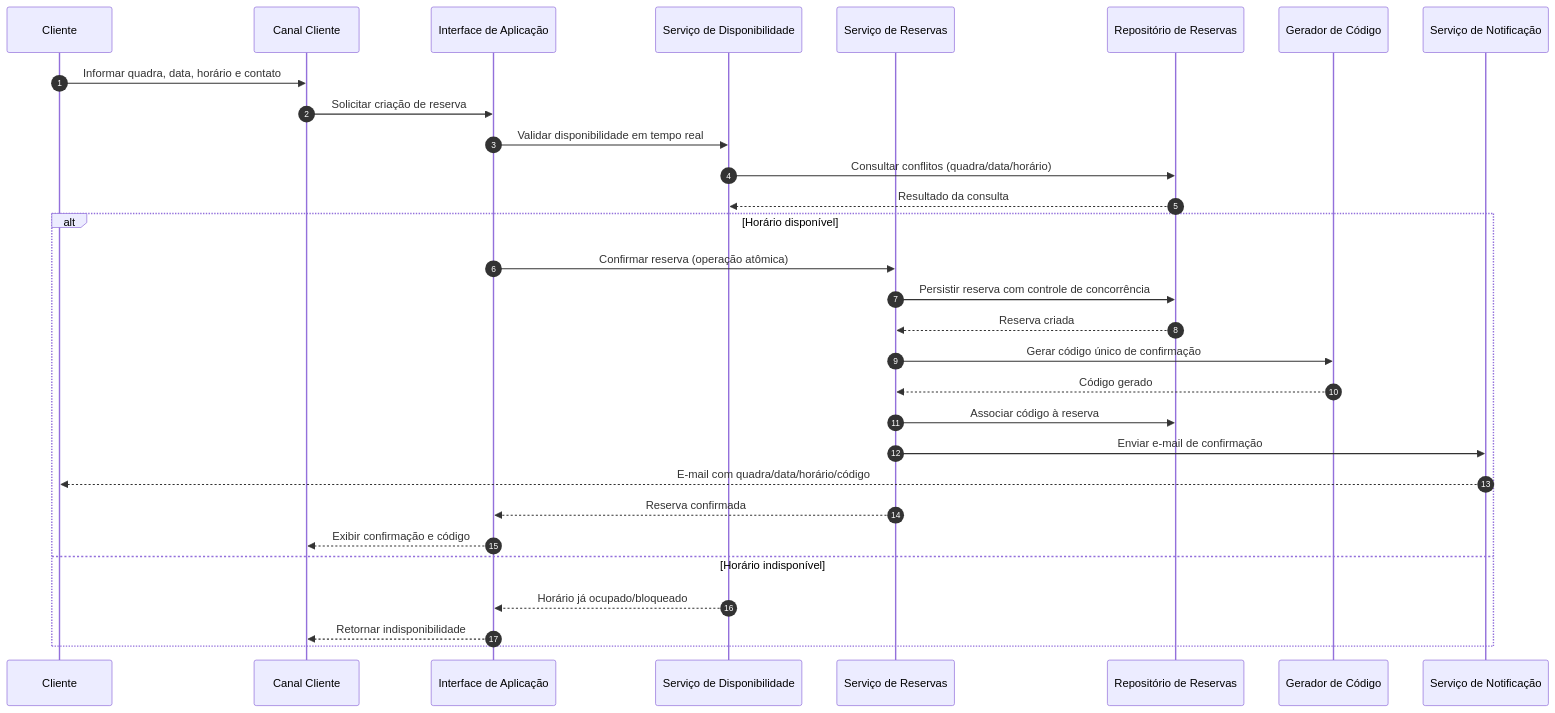
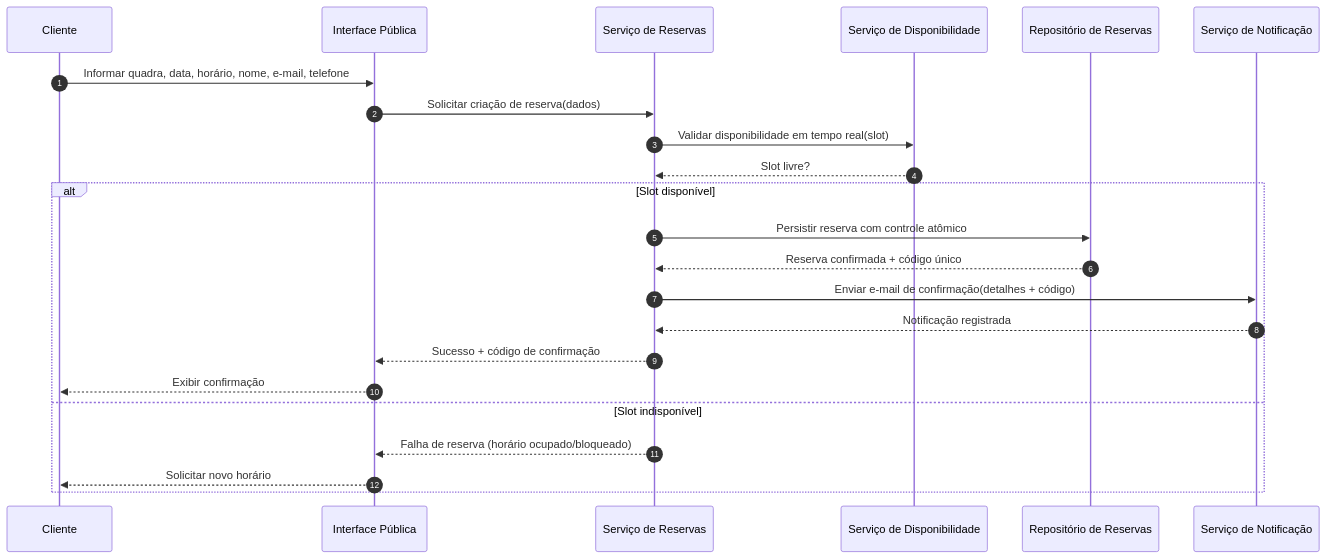
The second of 3 diagrams in docs/Time_2_Design/analise-qualitativa/outputs/relatorio_gpt_5_3_codex_P05.md (PDC-ESIA/AI4ES), drawn with Mermaid before and after one commit. The commit also changed other lines of this file and 107 other files, not shown here.

````diff
--- a/docs/Time_2_Design/analise-qualitativa/outputs/relatorio_gpt_5_3_codex_P05.md
+++ b/docs/Time_2_Design/analise-qualitativa/outputs/relatorio_gpt_5_3_codex_P05.md
@@ -77,34 +99,27 @@
 ```mermaid
 sequenceDiagram
-  autonumber
-  participant C as Cliente
-  participant UI as Canal Cliente
-  participant API as Interface de Aplicação
-  participant DISP as Serviço de Disponibilidade
-  participant RES as Serviço de Reservas
-  participant REP as Repositório de Reservas
-  participant COD as Gerador de Código
-  participant NOTI as Serviço de Notificação
+    autonumber
+    participant C as Cliente
+    participant UI as Interface Pública
+    participant R as Serviço de Reservas
+    participant D as Serviço de Disponibilidade
+    participant RR as Repositório de Reservas
+    participant N as Serviço de Notificação
 
-  C->>UI: Informar quadra, data, horário e contato
-  UI->>API: Solicitar criação de reserva
-  API->>DISP: Validar disponibilidade em tempo real
-  DISP->>REP: Consultar conflitos (quadra/data/horário)
-  REP-->>DISP: Resultado da consulta
+    C->>UI: Informar quadra, data, horário, nome, e-mail, telefone
+    UI->>R: Solicitar criação de reserva(dados)
+    R->>D: Validar disponibilidade em tempo real(slot)
+    D-->>R: Slot livre?
 
-  alt Horário disponível
-    API->>RES: Confirmar reserva (operação atômica)
-    RES->>REP: Persistir reserva com controle de concorrência
-    REP-->>RES: Reserva criada
-    RES->>COD: Gerar código único de confirmação
-    COD-->>RES: Código gerado
-    RES->>REP: Associar código à reserva
-    RES->>NOTI: Enviar e-mail de confirmação
-    NOTI-->>C: E-mail com quadra/data/horário/código
-    RES-->>API: Reserva confirmada
-    API-->>UI: Exibir confirmação e código
-  else Horário indisponível
-    DISP-->>API: Horário já ocupado/bloqueado
-    API-->>UI: Retornar indisponibilidade
-  end
+    alt Slot disponível
+        R->>RR: Persistir reserva com controle atômico
+        RR-->>R: Reserva confirmada + código único
+        R->>N: Enviar e-mail de confirmação(detalhes + código)
+        N-->>R: Notificação registrada
+        R-->>UI: Sucesso + código de confirmação
+        UI-->>C: Exibir confirmação
+    else Slot indisponível
+        R-->>UI: Falha de reserva (horário ocupado/bloqueado)
+        UI-->>C: Solicitar novo horário
+    end
 ```
````
